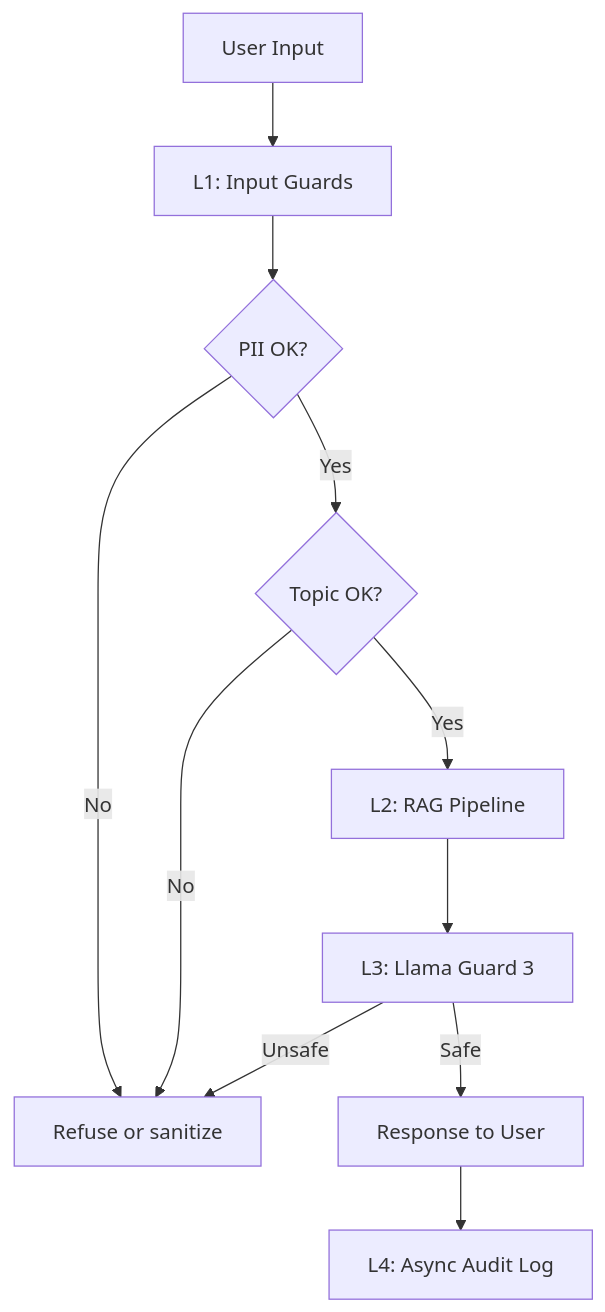
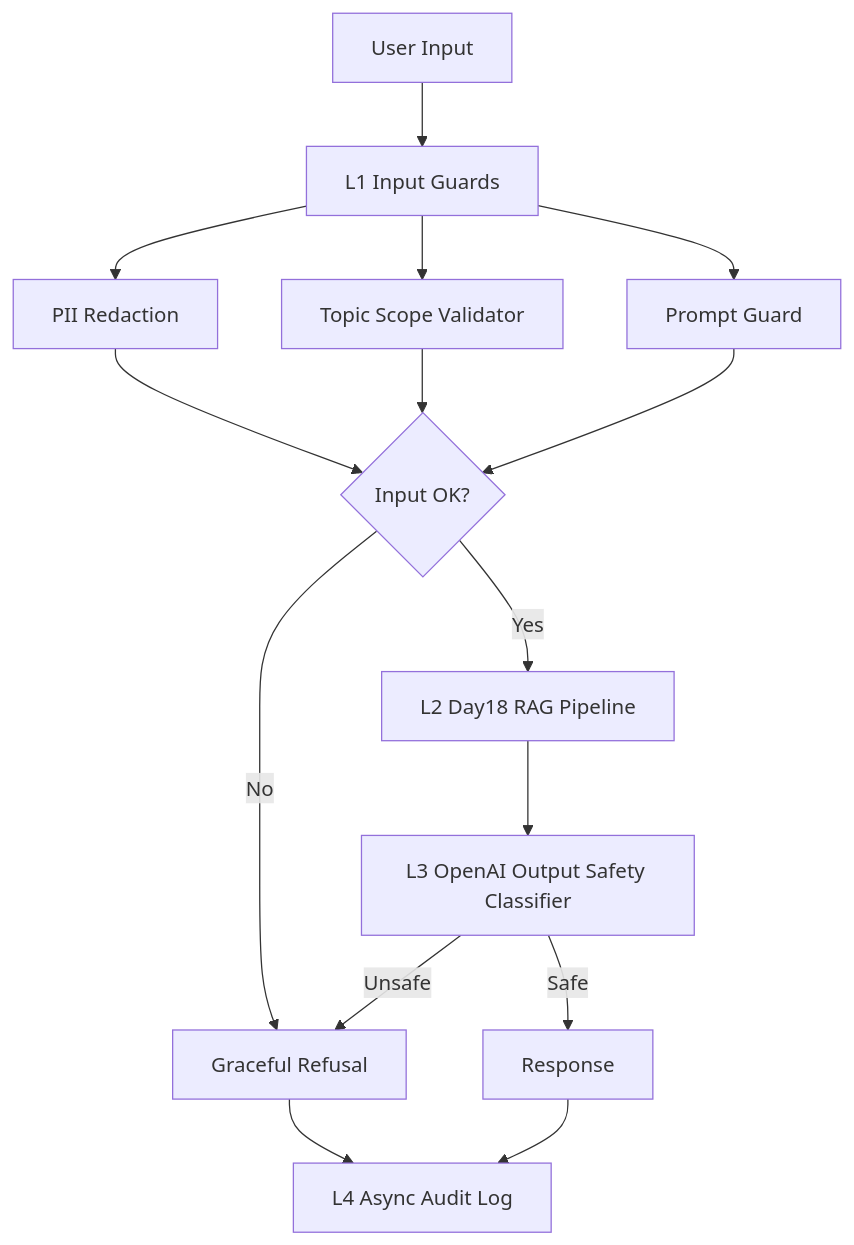
The diagram in README.md (StevenMup2004/Day24-2A202600339), drawn with Mermaid before and after one commit. The commit also changed other lines of this file and 51 other files, not shown here.

````diff
--- a/README.md
+++ b/README.md
@@ -188,13 +108,17 @@
 ```mermaid
 graph TD
-    A[User Input] --> B[L1: Input Guards]
-    B --> C{PII OK?}
-    C -->|No| Z[Refuse or sanitize]
-    C -->|Yes| D{Topic OK?}
-    D -->|No| Z
-    D -->|Yes| E[L2: RAG Pipeline]
-    E --> F[L3: Llama Guard 3]
-    F -->|Unsafe| Z
-    F -->|Safe| G[Response to User]
-    G --> H[L4: Async Audit Log]
+    A[User Input] --> B[L1 Input Guards]
+    B --> C[PII Redaction]
+    B --> D[Topic Scope Validator]
+    B --> E[Prompt Guard]
+    C --> F{Input OK?}
+    D --> F
+    E --> F
+    F -->|No| R[Graceful Refusal]
+    F -->|Yes| G[L2 Day18 RAG Pipeline]
+    G --> H[L3 OpenAI Output Safety Classifier]
+    H -->|Unsafe| R
+    H -->|Safe| I[Response]
+    I --> J[L4 Async Audit Log]
+    R --> J
 ```
````
